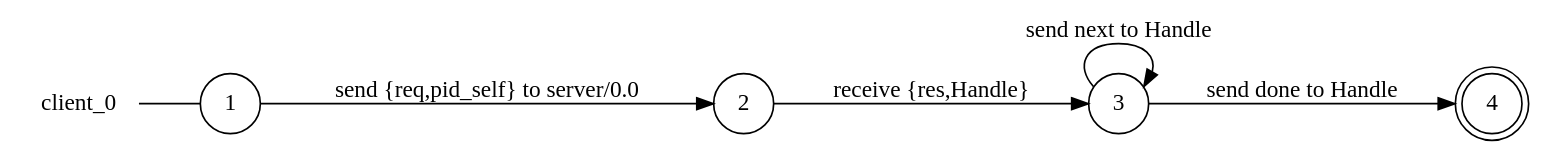
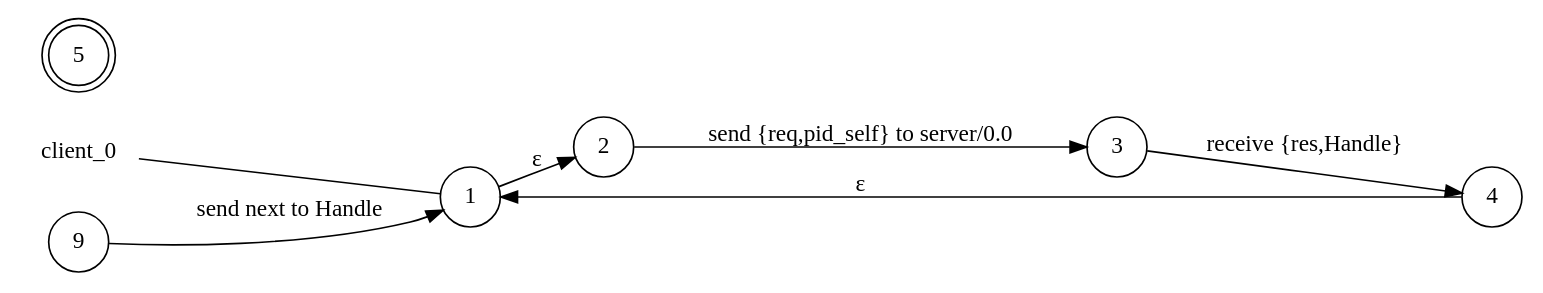
Before and after one commit to gabrielegenovese/chorer: the diagram in examples/serverclient/client_0_local_view.dot, drawn with Graphviz. The commit also changed 37 other files, not shown here.

```diff
--- a/examples/serverclient/client_0_local_view.dot
+++ b/examples/serverclient/client_0_local_view.dot
@@ -1,14 +1,17 @@
 digraph client_0 {
 	rankdir="LR";
 	n_0 [label="client_0", shape="plaintext"];
-	n_1 [id="1", shape=circle, label="1"];
-	n_0 -> n_1 [arrowhead=none];
-	n_2 [id="2", shape=doublecircle, label="4"];
-	n_3 [id="4", shape=circle, label="2"];
-	n_4 [id="3", shape=circle, label="3"];
+	n_1 [id="5", shape=doublecircle, label="5"];
+	n_2 [id="1", shape=circle, label="1"];
+	n_0 -> n_2 [arrowhead=none];
+	n_3 [id="9", shape=circle, label="9"];
+	n_4 [id="2", shape=circle, label="2"];
+	n_5 [id="4", shape=circle, label="4"];
+	n_6 [id="3", shape=circle, label="3"];
 
-	n_3 -> n_4 [id="[$e|3]", label="receive {res,Handle}"];
-	n_4 -> n_2 [id="[$e|5]", label="send done to Handle"];
-	n_1 -> n_3 [id="[$e|1]", label="send {req,pid_self} to server/0.0"];
-	n_4 -> n_4 [id="[$e|7]", label="send next to Handle"];
+	n_6 -> n_5 [id="[$e|2]", label="receive {res,Handle}"];
+	n_5 -> n_2 [id="[$e|9]", label="ɛ"];
+	n_4 -> n_6 [id="[$e|1]", label="send {req,pid_self} to server/0.0"];
+	n_2 -> n_4 [id="[$e|0]", label="ɛ"];
+	n_3 -> n_2 [id="[$e|10]", label="send next to Handle"];
 }
```
